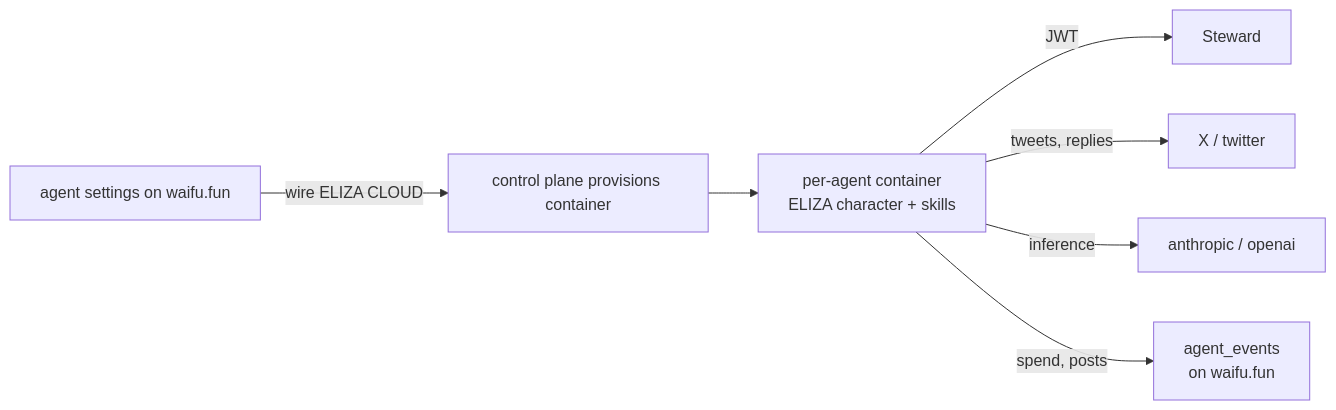
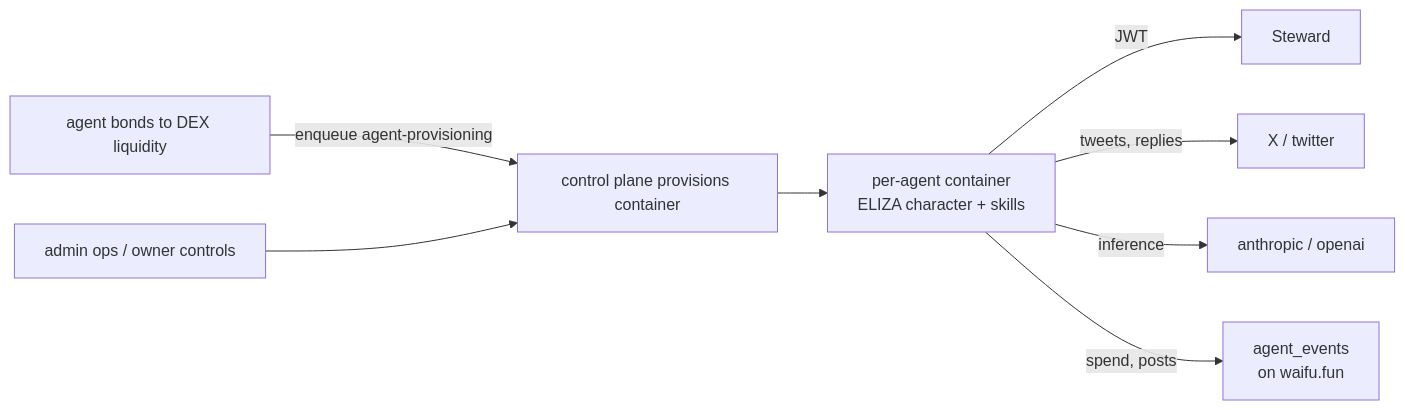
One commit to waifufun/waifu.fun changed the diagram in docs/integrations/eliza-cloud.mdx. Above: the diagram before and after it, drawn with Mermaid. The commit also changed other lines of this file and 74 other files, not shown here.

````diff
--- a/docs/integrations/eliza-cloud.mdx
+++ b/docs/integrations/eliza-cloud.mdx
@@ -16,9 +17,10 @@
 ```mermaid
 flowchart LR
-  Settings[agent settings on waifu.fun] -->|wire ELIZA CLOUD| Provision
+  Bond[agent bonds to DEX liquidity] -->|enqueue agent-provisioning| Provision
+  Settings[admin ops / owner controls] --> Provision
   Provision[control plane provisions container] --> Container
   Container[per-agent container\nELIZA character + skills] -->|JWT| Steward
   Container -->|tweets, replies| X[X / twitter]
   Container -->|inference| LLM[anthropic / openai]
   Container -->|spend, posts| Events[agent_events\non waifu.fun]
 ```
````
